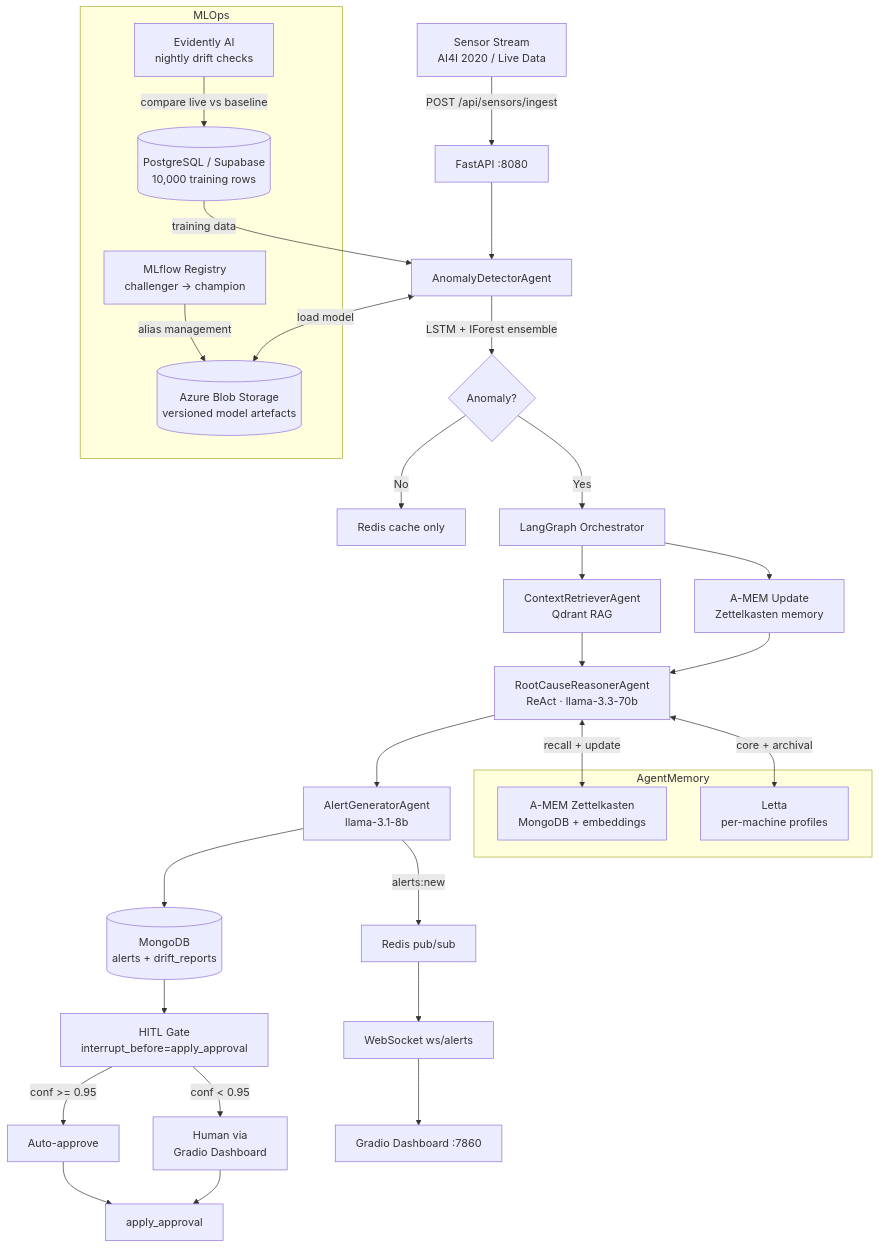
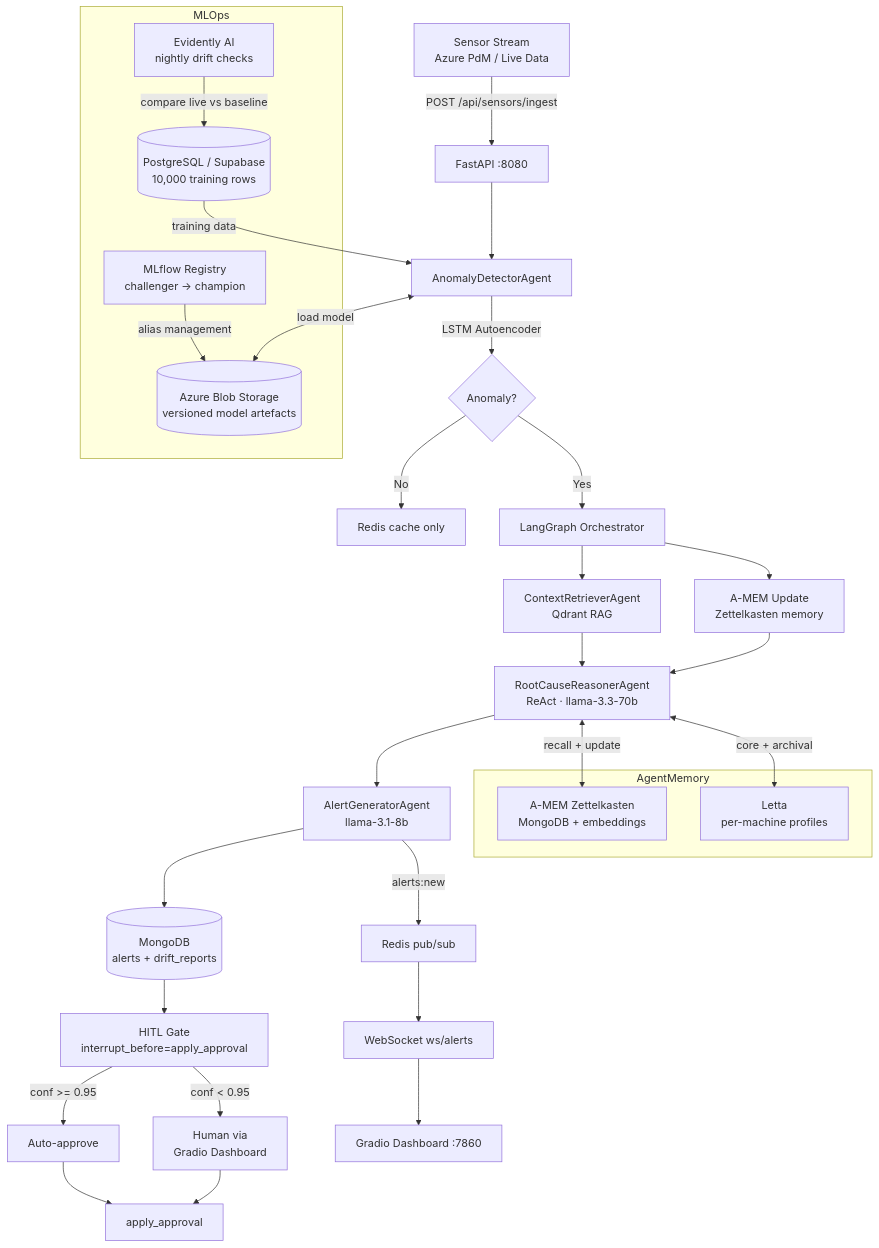
One commit to Shital16-hub/defectsense changed the diagram in README.md. Above: the diagram before and after it, drawn with Mermaid. The commit also changed other lines of this file and 34 other files, not shown here.

````diff
--- a/README.md
+++ b/README.md
@@ -41,45 +41,45 @@
 ```mermaid
 graph TD
-    A[Sensor Stream<br/>AI4I 2020 / Live Data] -->|POST /api/sensors/ingest| B[FastAPI :8080]
+    A[Sensor Stream<br/>Azure PdM / Live Data] -->|POST /api/sensors/ingest| B[FastAPI :8080]
     B --> C[AnomalyDetectorAgent]
-    C -->|LSTM + IForest ensemble| D{Anomaly?}
+    C -->|LSTM Autoencoder| D{Anomaly?}
     D -->|No| E[Redis cache only]
     D -->|Yes| F[LangGraph Orchestrator]
 
     F --> G[ContextRetrieverAgent<br/>Qdrant RAG]
     F --> H[A-MEM Update<br/>Zettelkasten memory]
     G --> I[RootCauseReasonerAgent<br/>ReAct · llama-3.3-70b]
     H --> I
     I --> J[AlertGeneratorAgent<br/>llama-3.1-8b]
     J --> K[(MongoDB<br/>alerts + drift_reports)]
     J -->|alerts:new| L[Redis pub/sub]
 
     K --> M[HITL Gate<br/>interrupt_before=apply_approval]
     M -->|conf >= 0.95| N[Auto-approve]
     M -->|conf < 0.95| O[Human via<br/>Gradio Dashboard]
     N --> P[apply_approval]
     O --> P
 
     L --> Q[WebSocket ws/alerts]
     Q --> R[Gradio Dashboard :7860]
 
     subgraph MLOps
         S[(Azure Blob Storage<br/>versioned model artefacts)]
         T[(PostgreSQL / Supabase<br/>10,000 training rows)]
         U[MLflow Registry<br/>challenger → champion]
         V[Evidently AI<br/>nightly drift checks]
     end
 
     subgraph AgentMemory
         W[A-MEM Zettelkasten<br/>MongoDB + embeddings]
         X[Letta<br/>per-machine profiles]
     end
 
     C <-->|load model| S
     T -->|training data| C
     U -->|alias management| S
     V -->|compare live vs baseline| T
 
     I <-->|recall + update| W
     I <-->|core + archival| X
 ```
````
